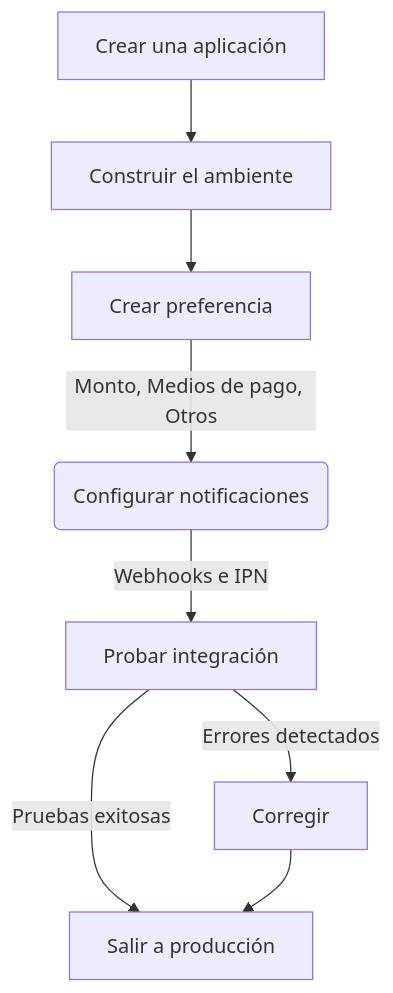
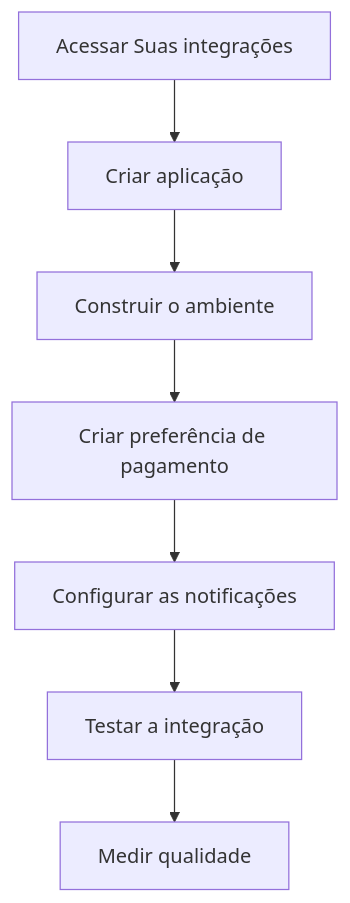
One commit to 22Neves/devsite-docs changed the diagram in guides/checkout-pro/overview.pt.md. Above: the diagram before and after it, drawn with Mermaid. The commit also changed other lines of this file and 1 other file, not shown here.

Commit message:
update overview

```diff
--- a/guides/checkout-pro/overview.pt.md
+++ b/guides/checkout-pro/overview.pt.md
@@ -124,10 +124,9 @@
-<pre class="mermaid">
-flowchart TD
-    A["Crear una aplicación"] --> B["Construir el ambiente"]
-    B --> D["Crear preferencia"]
-    D -- Monto, Medios de pago, Otros --> F("Configurar notificaciones")
-    F -- Webhooks e IPN --> E["Probar integración"]
-    E -- Pruebas exitosas --> H["Salir a producción"]
-    E -- Errores detectados --> I["Corregir"]
-    I --> H
-</pre>
+    <pre class="mermaid">
+    flowchart TD
+        A[Acessar Suas integrações] --> B[Criar aplicação]
+        B --> C[Construir o ambiente]
+        C --> D[Criar preferência de pagamento]
+        D --> E[Configurar as notificações]
+        E --> F[Testar a integração]
+        F --> G[Medir qualidade]
+    </pre>
```
